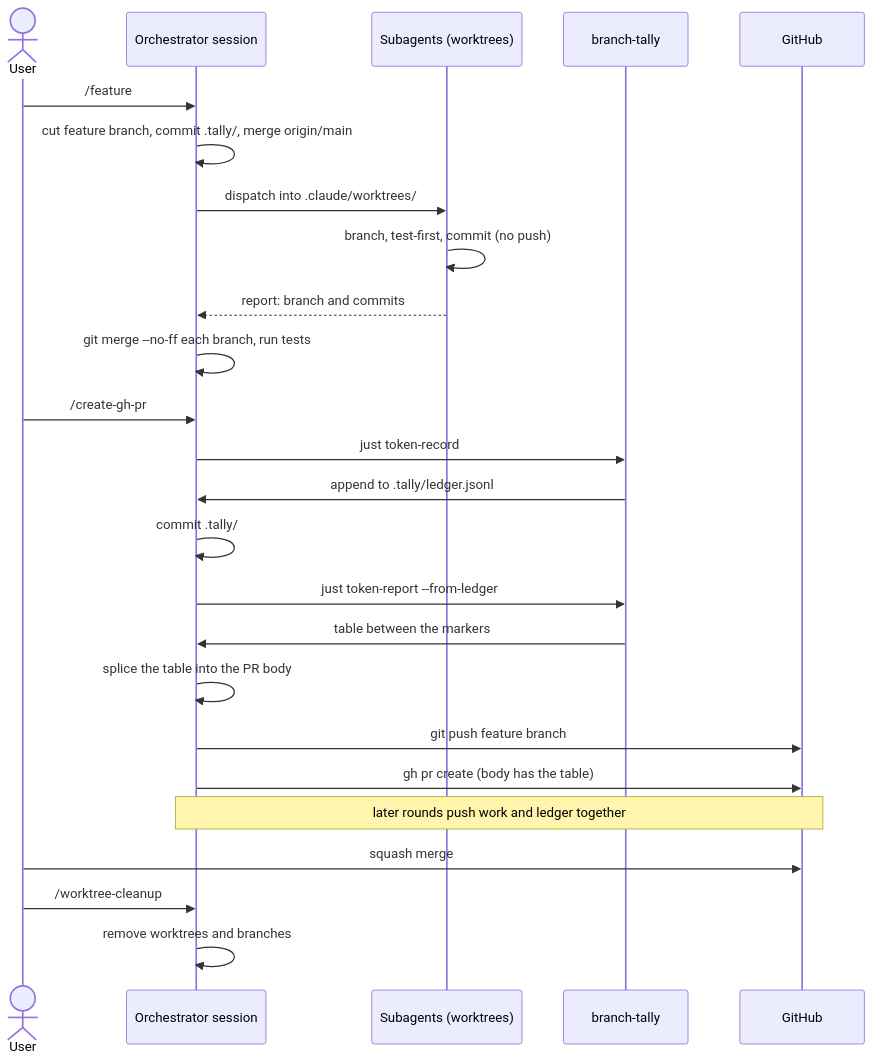
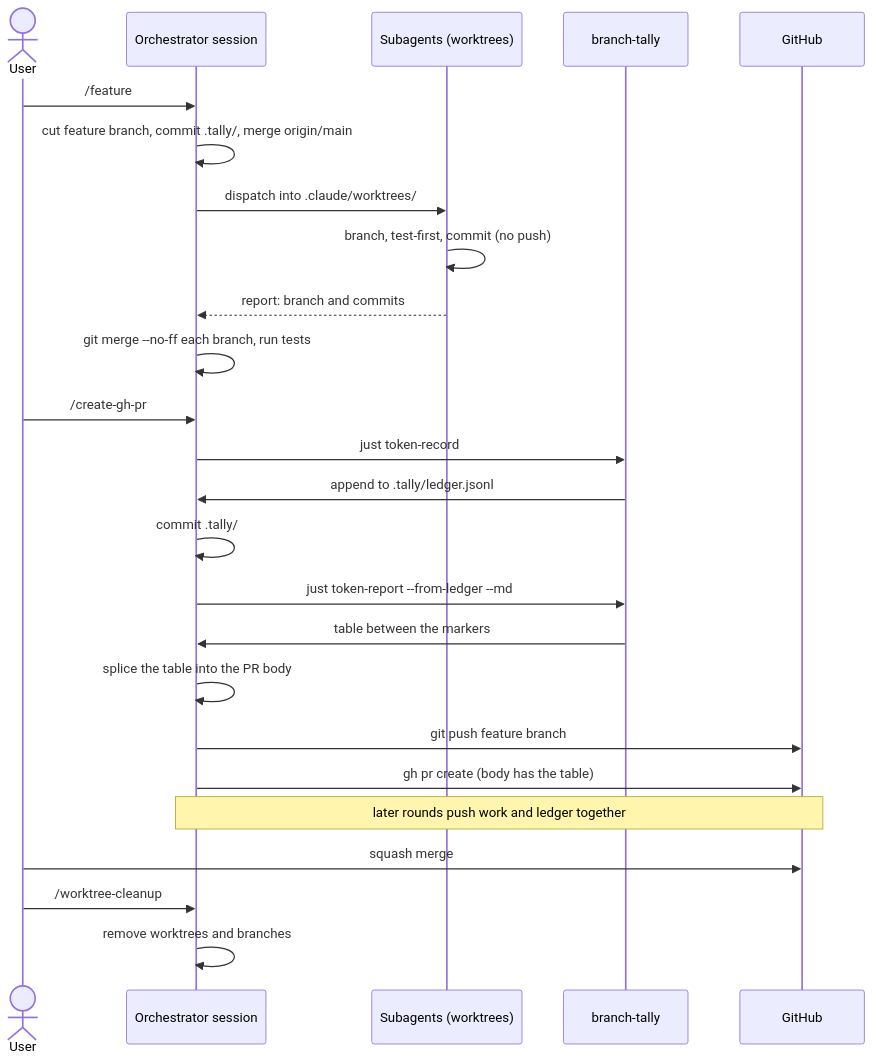
Before and after one commit to IAmSkweetis/branch-tally: the third of 3 diagrams in docs/manual/src/workflows/this-repository.md, drawn with Mermaid. The commit also changed other lines of this file and 3 other files, not shown here.

````diff
--- a/docs/manual/src/workflows/this-repository.md
+++ b/docs/manual/src/workflows/this-repository.md
@@ -251,28 +251,28 @@
 ```mermaid
 sequenceDiagram
     actor User
     participant O as Orchestrator session
     participant A as Subagents (worktrees)
     participant BT as branch-tally
     participant GH as GitHub
 
     User->>O: /feature
     O->>O: cut feature branch, commit .tally/, merge origin/main
     O->>A: dispatch into .claude/worktrees/
     A->>A: branch, test-first, commit (no push)
     A-->>O: report: branch and commits
     O->>O: git merge --no-ff each branch, run tests
     User->>O: /create-gh-pr
     O->>BT: just token-record
     BT->>O: append to .tally/ledger.jsonl
     O->>O: commit .tally/
-    O->>BT: just token-report --from-ledger
+    O->>BT: just token-report --from-ledger --md
     BT->>O: table between the markers
     O->>O: splice the table into the PR body
     O->>GH: git push feature branch
     O->>GH: gh pr create (body has the table)
     Note over O,GH: later rounds push work and ledger together
     User->>GH: squash merge
     User->>O: /worktree-cleanup
     O->>O: remove worktrees and branches
 ```
````
